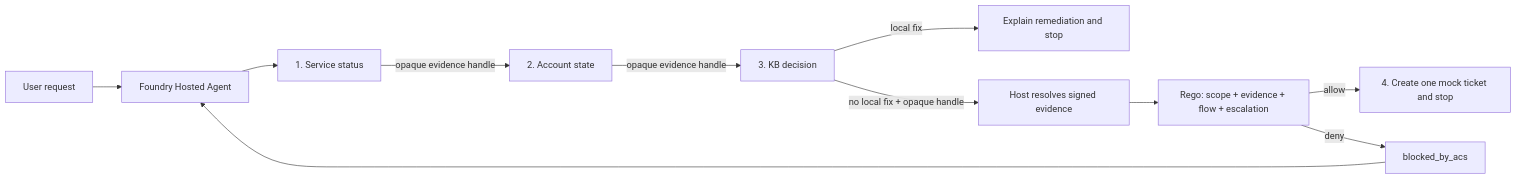
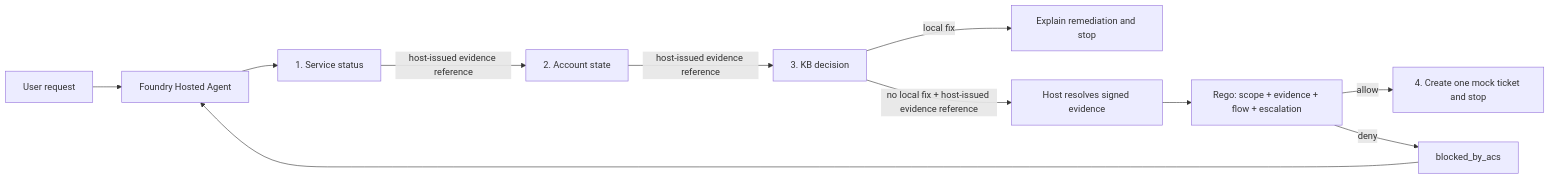
One commit to placerda/safe-agent-on-foundry changed the diagram in README.md. Above: the diagram before and after it, drawn with Mermaid. The commit also changed other lines of this file and 15 other files, not shown here.

````diff
--- a/README.md
+++ b/README.md
@@ -41,13 +41,13 @@
 ```mermaid
 flowchart LR
     U[User request] --> H[Foundry Hosted Agent]
     H --> S[1. Service status]
-    S -->|opaque evidence handle| A[2. Account state]
-    A -->|opaque evidence handle| K[3. KB decision]
+    S -->|host-issued evidence reference| A[2. Account state]
+    A -->|host-issued evidence reference| K[3. KB decision]
     K -->|local fix| R[Explain remediation and stop]
-    K -->|no local fix + opaque handle| M[Host resolves signed evidence]
+    K -->|no local fix + host-issued evidence reference| M[Host resolves signed evidence]
     M --> P[Rego: scope + evidence + flow + escalation]
     P -->|allow| T[4. Create one mock ticket and stop]
     P -->|deny| B[blocked_by_acs]
     B --> H
 ```
````
